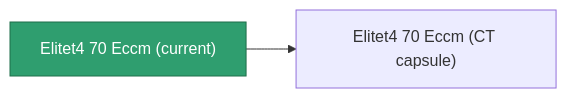
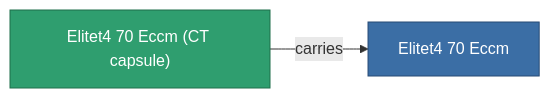
Before and after one commit to OpenPerpetuum/Wiki: the diagram in content/content/items/elitet4_70_eccm.md, drawn with Mermaid. The commit also changed other lines of this file and 2015 other files, not shown here.

````diff
--- a/content/content/items/elitet4_70_eccm.md
+++ b/content/content/items/elitet4_70_eccm.md
@@ -37,8 +37,9 @@
 ```mermaid
 graph LR
-    a["Elitet4 70 Eccm (current)"]:::current
-    b["Elitet4 70 Eccm (CT capsule)"]
-    a --> b
-    click b "/content/items/elitet4-70-eccm-ct-capsule/" "Elitet4 70 Eccm (CT capsule)"
+    a["Elitet4 70 Eccm (CT capsule)"]:::current
+    b["Elitet4 70 Eccm"]:::finished
+    a -->|carries| b
+                click b "/content/items/elitet4-70-eccm/" "Elitet4 70 Eccm"
     classDef current fill:#2f9e6f,stroke:#1f6f4a,color:#ffffff
+    classDef finished fill:#3b6ea5,stroke:#274a75,color:#ffffff
 ```
````
